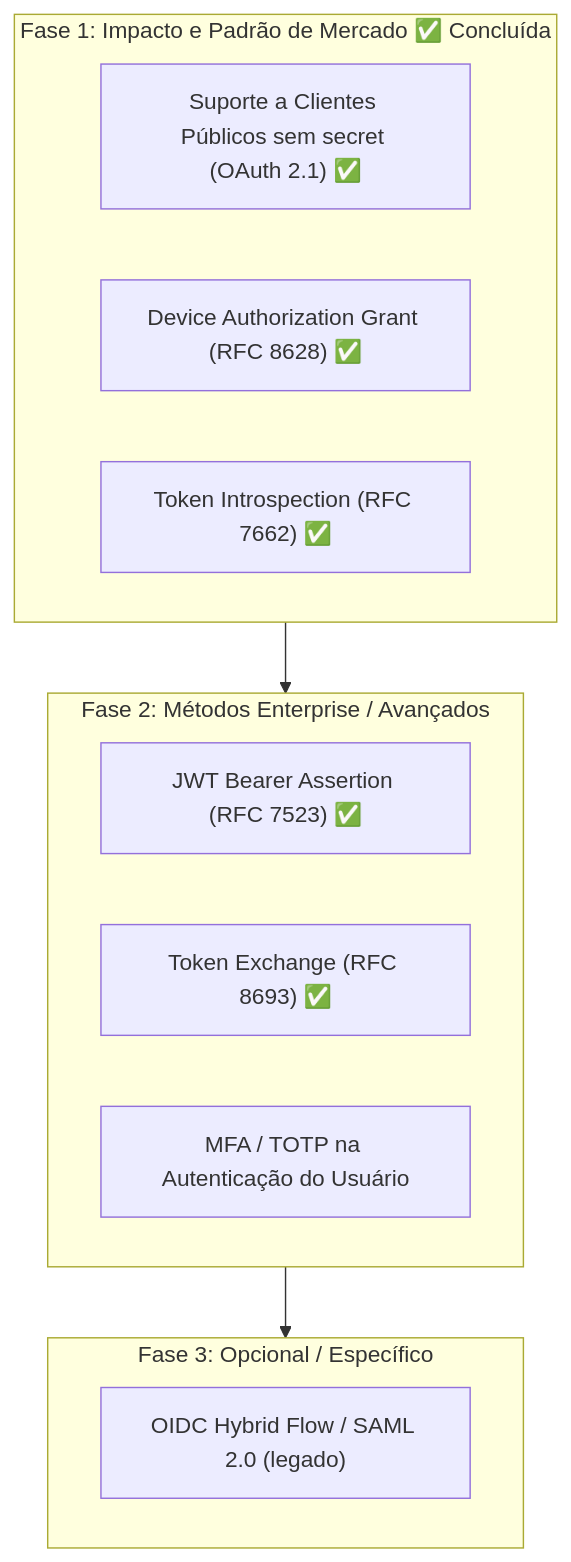
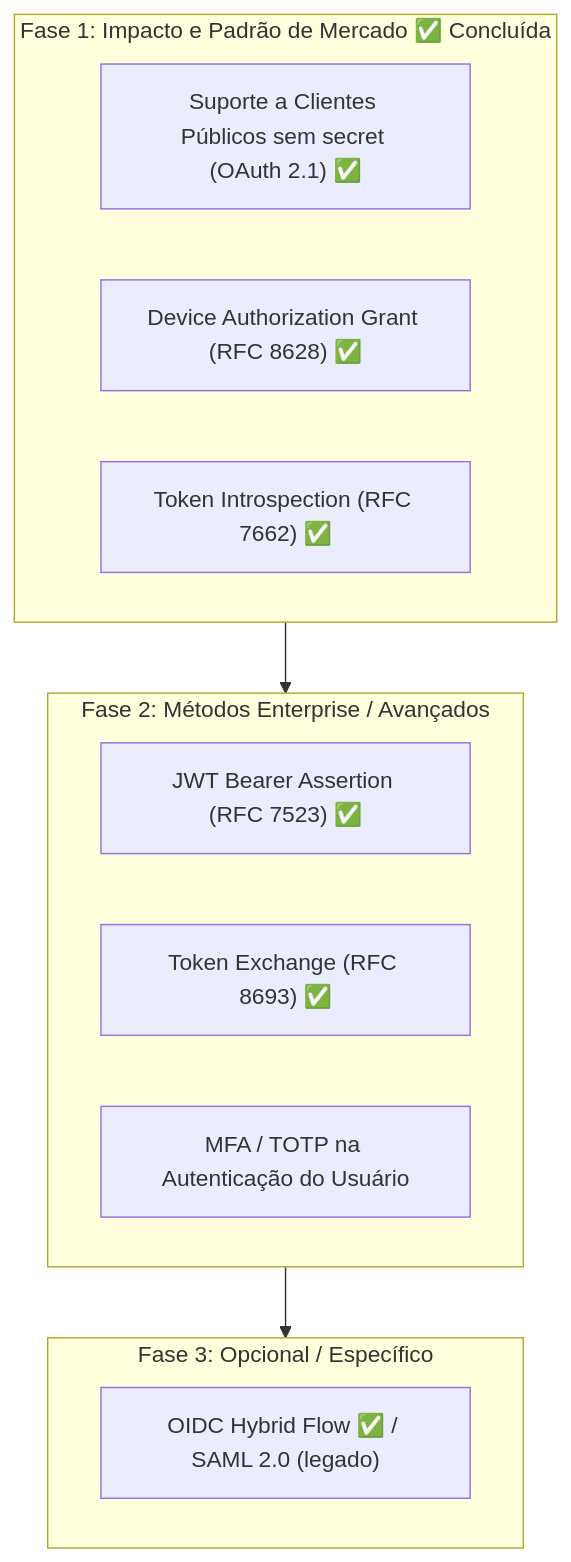
Before and after one commit to mvdfreitas/php-oauth: the first of 3 diagrams in docs/ANALISE_METODOS_AUTENTICACAO.md, drawn with Mermaid. The commit also changed other lines of this file and 3 other files, not shown here.

Commit message:
feat: implementacao do metodo oidc hybrid flow

````diff
--- a/docs/ANALISE_METODOS_AUTENTICACAO.md
+++ b/docs/ANALISE_METODOS_AUTENTICACAO.md
@@ -86,20 +86,20 @@
 ```mermaid
 flowchart TD
     subgraph Fase1["Fase 1: Impacto e Padrão de Mercado ✅ Concluída"]
         C["Suporte a Clientes Públicos sem secret (OAuth 2.1) ✅"]
         C2["Device Authorization Grant (RFC 8628) ✅"]
         C3["Token Introspection (RFC 7662) ✅"]
     end
 
     subgraph Fase2["Fase 2: Métodos Enterprise / Avançados"]
         D["JWT Bearer Assertion (RFC 7523) ✅"]
         D2["Token Exchange (RFC 8693) ✅"]
         E["MFA / TOTP na Autenticação do Usuário"]
     end
 
     subgraph Fase3["Fase 3: Opcional / Específico"]
-        G["OIDC Hybrid Flow / SAML 2.0 (legado)"]
+        G["OIDC Hybrid Flow ✅ / SAML 2.0 (legado)"]
     end
 
     Fase1 --> Fase2 --> Fase3
 ```
````
